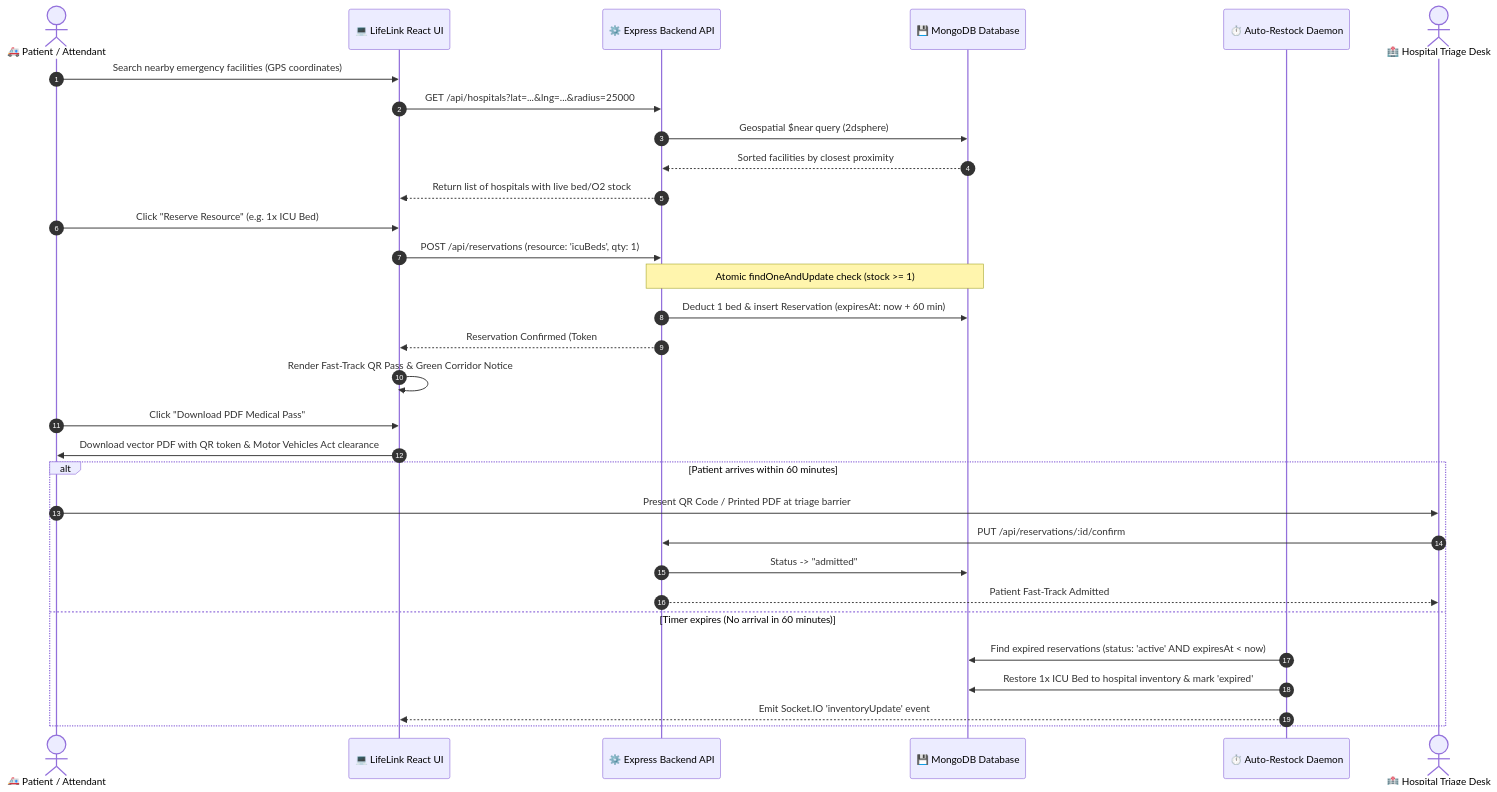
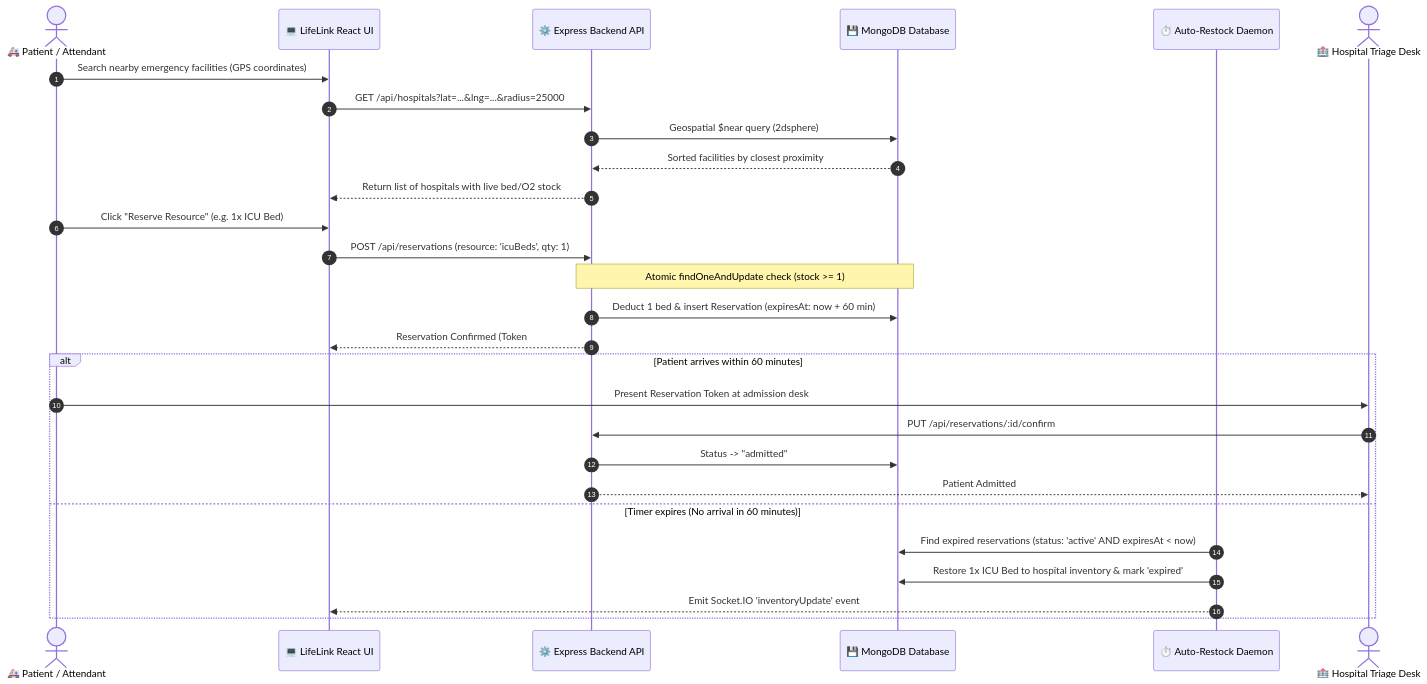
One commit to CharudattaPatil-AC/Vital-Link changed the second of 5 diagrams in README.md. Above: the diagram before and after it, drawn with Mermaid. The commit also changed other lines of this file and 2 other files, not shown here.

Commit message:
refactor: remove printable PDF emergency pass & green corridor QR token

````diff
--- a/README.md
+++ b/README.md
@@ -91,37 +90,33 @@
 ```mermaid
 sequenceDiagram
     autonumber
     actor Patient as 🚑 Patient / Attendant
     participant Frontend as 💻 LifeLink React UI
     participant Backend as ⚙️ Express Backend API
     participant MongoDB as 💾 MongoDB Database
     participant Daemon as ⏱️ Auto-Restock Daemon
     actor Triage as 🏥 Hospital Triage Desk
 
     Patient->>Frontend: Search nearby emergency facilities (GPS coordinates)
     Frontend->>Backend: GET /api/hospitals?lat=...&lng=...&radius=25000
     Backend->>MongoDB: Geospatial $near query (2dsphere)
     MongoDB-->>Backend: Sorted facilities by closest proximity
     Backend-->>Frontend: Return list of hospitals with live bed/O2 stock
 
     Patient->>Frontend: Click "Reserve Resource" (e.g. 1x ICU Bed)
     Frontend->>Backend: POST /api/reservations (resource: 'icuBeds', qty: 1)
     Note over Backend,MongoDB: Atomic findOneAndUpdate check (stock >= 1)
     Backend->>MongoDB: Deduct 1 bed & insert Reservation (expiresAt: now + 60 min)
     Backend-->>Frontend: Reservation Confirmed (Token #ABC12345)
 
-    Frontend->>Frontend: Render Fast-Track QR Pass & Green Corridor Notice
-    Patient->>Frontend: Click "Download PDF Medical Pass"
-    Frontend->>Patient: Download vector PDF with QR token & Motor Vehicles Act clearance
-
     alt Patient arrives within 60 minutes
-        Patient->>Triage: Present QR Code / Printed PDF at triage barrier
+        Patient->>Triage: Present Reservation Token at admission desk
         Triage->>Backend: PUT /api/reservations/:id/confirm
         Backend->>MongoDB: Status -> "admitted"
-        Backend-->>Triage: Patient Fast-Track Admitted
+        Backend-->>Triage: Patient Admitted
     else Timer expires (No arrival in 60 minutes)
         Daemon->>MongoDB: Find expired reservations (status: 'active' AND expiresAt < now)
         Daemon->>MongoDB: Restore 1x ICU Bed to hospital inventory & mark 'expired'
         Daemon-->>Frontend: Emit Socket.IO 'inventoryUpdate' event
     end
 ```
````
